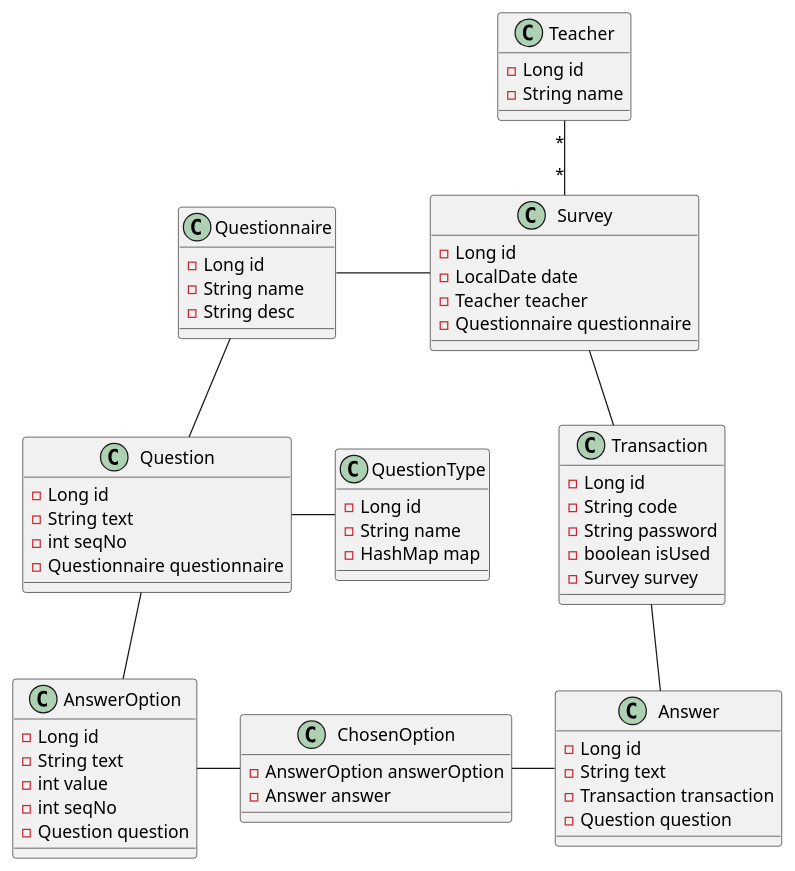
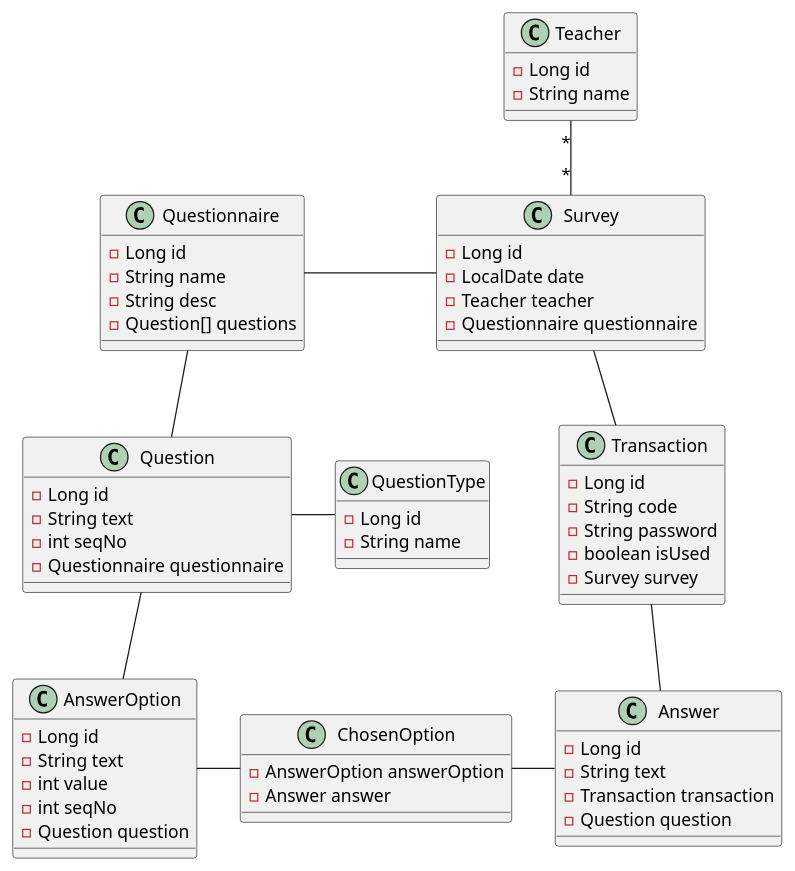
Before and after one commit to htl-leonding-project/2022-4ahif-leoquest: the second of 3 diagrams in LeoQuest/asciidocs/pflichtenheft.adoc, drawn with PlantUML. The commit also changed other lines of this file and 4 other files, not shown here.

```diff
--- a/LeoQuest/asciidocs/pflichtenheft.adoc
+++ b/LeoQuest/asciidocs/pflichtenheft.adoc
@@ -98,82 +96,82 @@
 [plantuml, cld, png]
 ----
 @startuml
 
 class Teacher {
 - Long id
 - String name
 
 }
 
 class Survey {
 - Long id
 - LocalDate date
 - Teacher teacher
 - Questionnaire questionnaire
 
 }
 
 class Questionnaire {
 - Long id
 - String name
 - String desc
+- Question[] questions
 }
 
 class Question {
 - Long id
 - String text
 - int seqNo
 - Questionnaire questionnaire
 
 
 }
 
 class QuestionType {
 - Long id
 - String name
-- HashMap map
 }
 
 class AnswerOption {
 - Long id
 - String text
 - int value
 - int seqNo
 - Question question
 
 }
 
 class ChosenOption {
 - AnswerOption answerOption
 - Answer answer
 
 }
 
 class Answer {
 - Long id
 - String text
 - Transaction transaction
 - Question question
 
 }
 
 class Transaction {
 - Long id
 - String code
 - String password
 - boolean isUsed
 - Survey survey
 }
 
 Teacher "*" -down- "*" Survey
 Survey -left-  Questionnaire
 Questionnaire -- Question
 Question -left- QuestionType
 Question -- AnswerOption
 AnswerOption -right- ChosenOption
 ChosenOption  -right- Answer
 Answer -up- Transaction
 Survey -- Transaction
 
 @enduml
 ----
```
